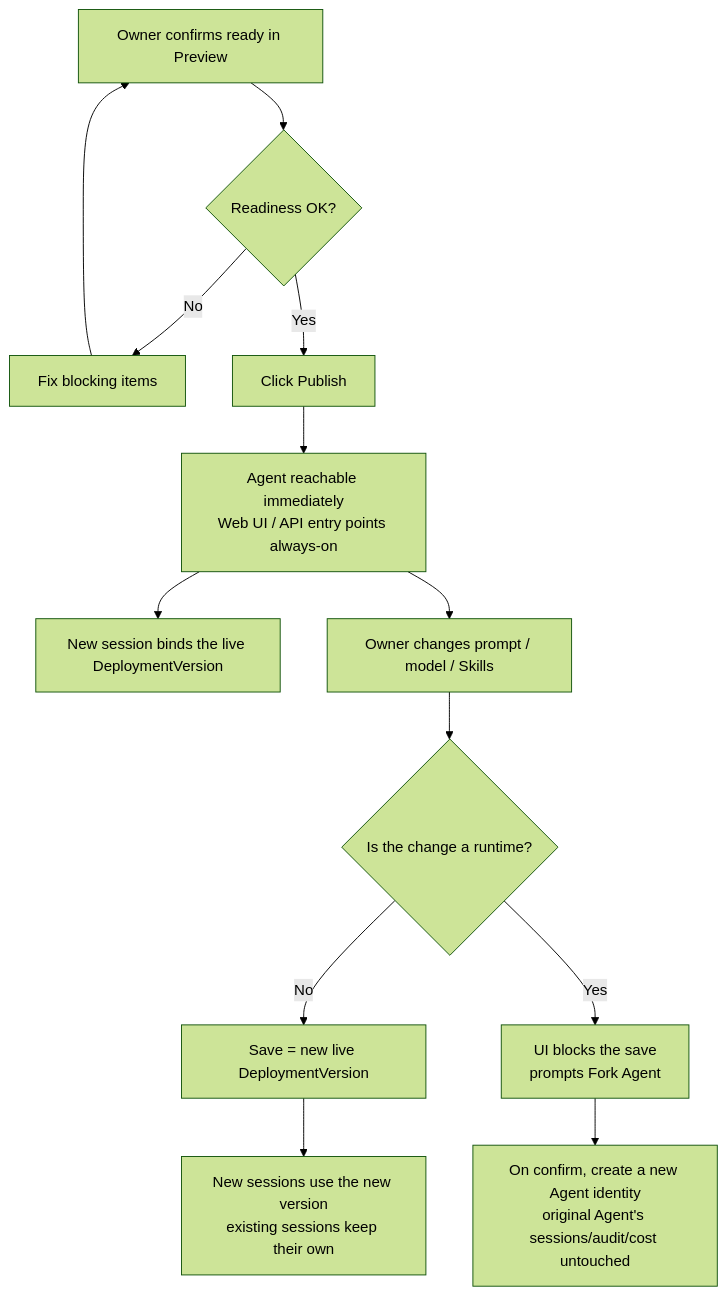
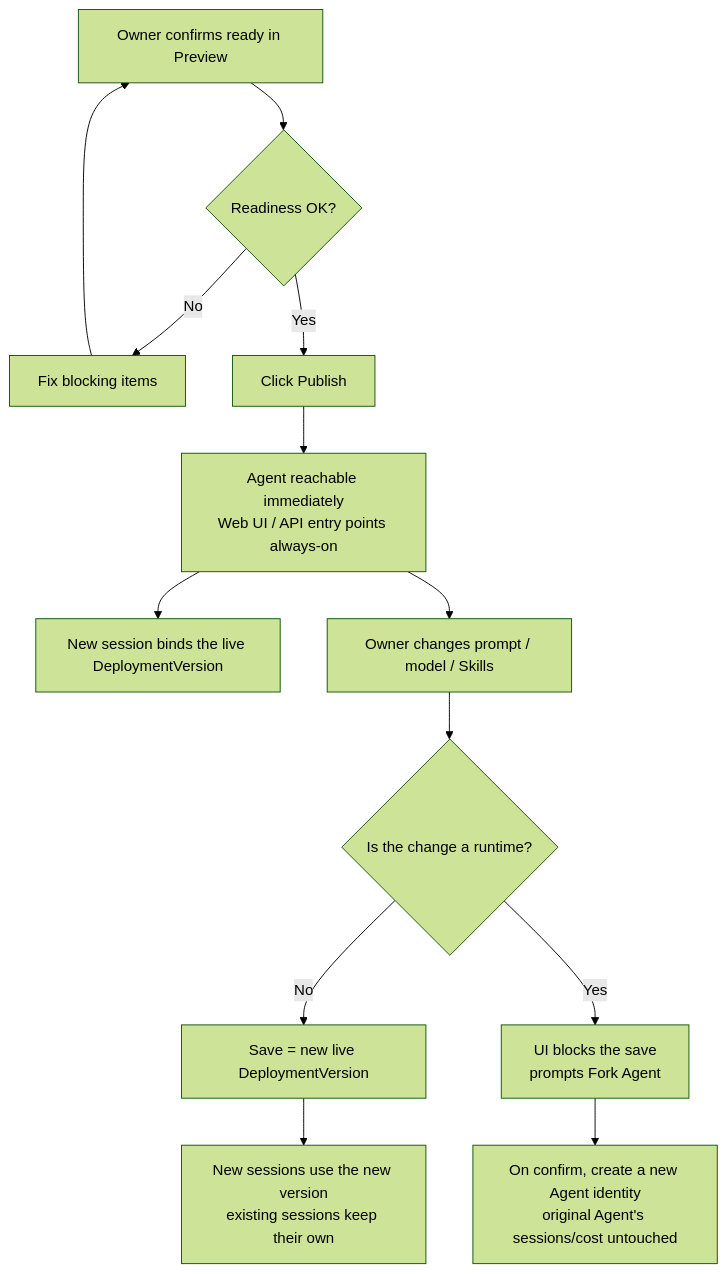
The second of 2 diagrams in dev/prd/agent-service-identity.md (langgenius/mosoo), drawn with Mermaid (forest theme) before and after one commit. The commit also changed other lines of this file and 167 other files, not shown here.

````diff
--- a/dev/prd/agent-service-identity.md
+++ b/dev/prd/agent-service-identity.md
@@ -116,15 +116,15 @@
 ```mermaid
 flowchart TD
   A["Owner confirms ready in Preview"] --> B{"Readiness OK?"}
   B -->|No| C["Fix blocking items"]
   C --> A
   B -->|Yes| D["Click Publish"]
   D --> E["Agent reachable immediately<br/>Web UI / API entry points always-on"]
   E --> F["New session binds the live DeploymentVersion"]
   E --> G["Owner changes prompt / model / Skills"]
   G --> H{"Is the change a runtime?"}
   H -->|No| I["Save = new live DeploymentVersion"]
   I --> J["New sessions use the new version<br/>existing sessions keep their own"]
   H -->|Yes| K["UI blocks the save<br/>prompts Fork Agent"]
-  K --> L["On confirm, create a new Agent identity<br/>original Agent's sessions/audit/cost untouched"]
+  K --> L["On confirm, create a new Agent identity<br/>original Agent's sessions/cost untouched"]
 ```
````
